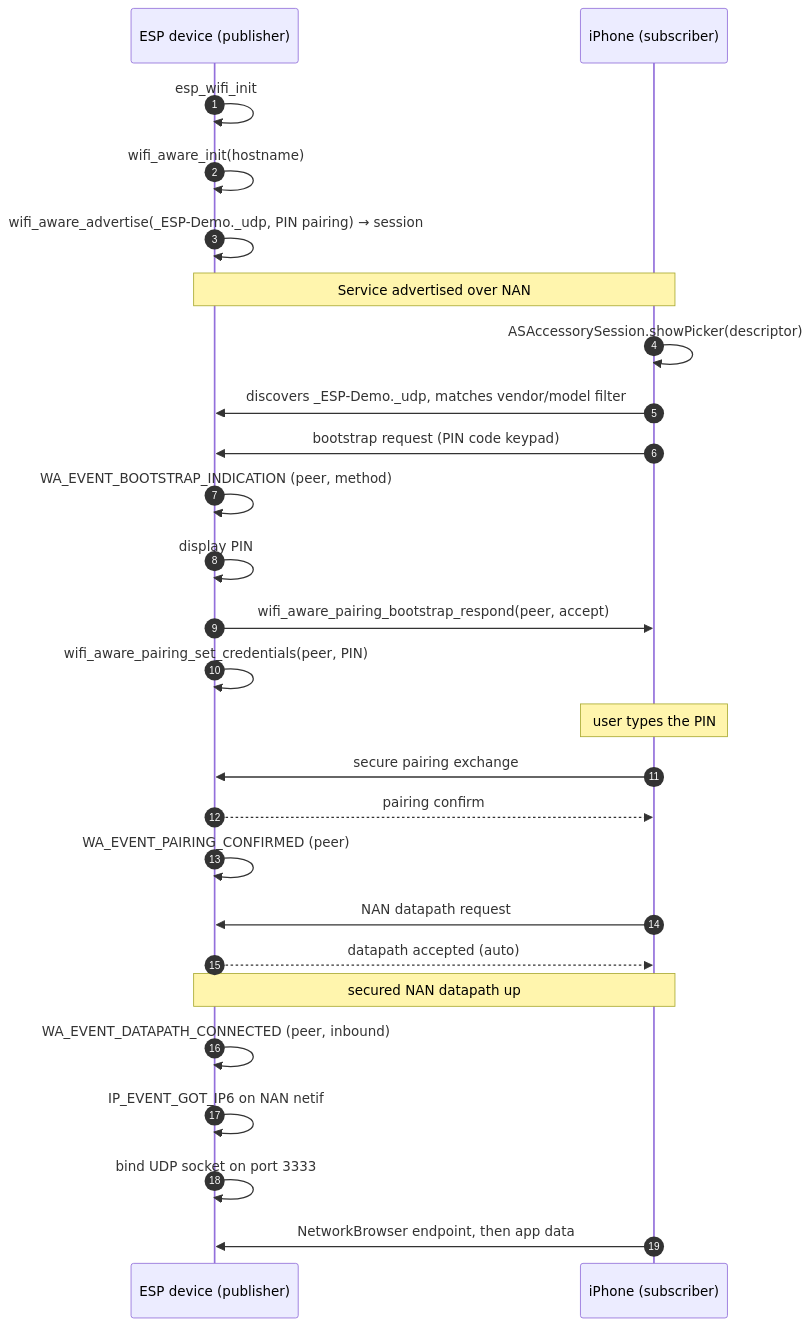
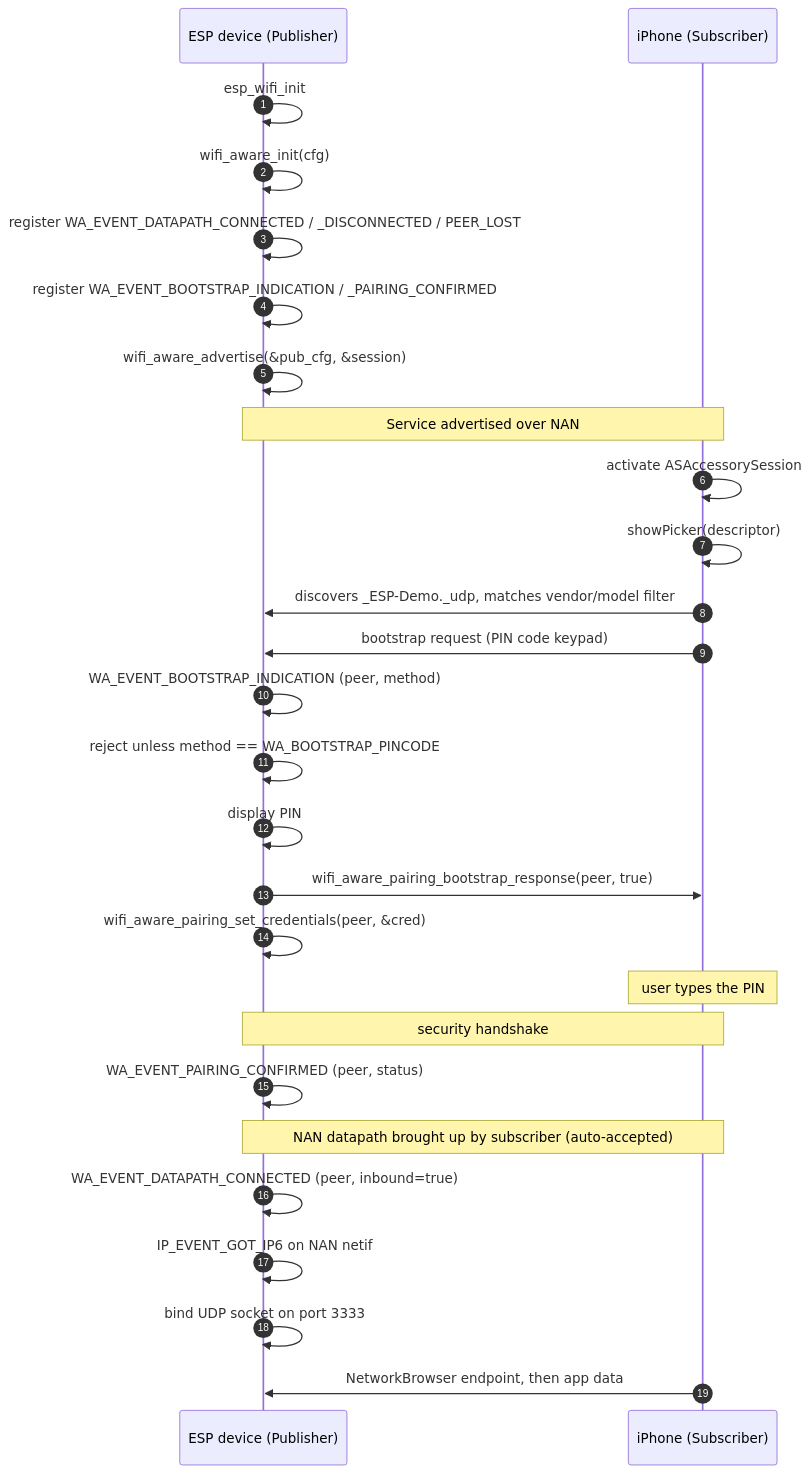
The diagram in content/blog/2026/08/wifi-aware-esp-to-iphone/index.md (espressif/developer-portal), drawn with Mermaid before and after one commit. The commit also changed other lines of this file and 1 other file, not shown here.

First line of the commit message:
docs(blog): Simplify Wi-Fi Aware article and align with latest changes

````diff
--- a/content/blog/2026/08/wifi-aware-esp-to-iphone/index.md
+++ b/content/blog/2026/08/wifi-aware-esp-to-iphone/index.md
@@ -175,34 +94,34 @@
 ```mermaid
 sequenceDiagram
     autonumber
-    participant E as ESP device (publisher)
-    participant P as iPhone (subscriber)
+    participant E as ESP device (Publisher)
+    participant P as iPhone (Subscriber)
 
     E->>E: esp_wifi_init
-    E->>E: wifi_aware_init(hostname)
-    E->>E: wifi_aware_advertise(_ESP-Demo._udp, PIN pairing) → session
+    E->>E: wifi_aware_init(cfg)
+    E->>E: register WA_EVENT_DATAPATH_CONNECTED / _DISCONNECTED / PEER_LOST
+    E->>E: register WA_EVENT_BOOTSTRAP_INDICATION / _PAIRING_CONFIRMED
+    E->>E: wifi_aware_advertise(&pub_cfg, &session)
     Note over E,P: Service advertised over NAN
 
-    P->>P: ASAccessorySession.showPicker(descriptor)
+    P->>P: activate ASAccessorySession
+    P->>P: showPicker(descriptor)
     P->>E: discovers _ESP-Demo._udp, matches vendor/model filter
     P->>E: bootstrap request (PIN code keypad)
 
     E->>E: WA_EVENT_BOOTSTRAP_INDICATION (peer, method)
+    E->>E: reject unless method == WA_BOOTSTRAP_PINCODE
     E->>E: display PIN
-    E->>P: wifi_aware_pairing_bootstrap_respond(peer, accept)
-    E->>E: wifi_aware_pairing_set_credentials(peer, PIN)
+    E->>P: wifi_aware_pairing_bootstrap_response(peer, true)
+    E->>E: wifi_aware_pairing_set_credentials(peer, &cred)
+    Note over P: user types the PIN
+    Note over E,P: security handshake
+    E->>E: WA_EVENT_PAIRING_CONFIRMED (peer, status)
 
-    Note over P: user types the PIN
-    P->>E: secure pairing exchange
-    E-->>P: pairing confirm
-    E->>E: WA_EVENT_PAIRING_CONFIRMED (peer)
-
-    P->>E: NAN datapath request
-    E-->>P: datapath accepted (auto)
-    Note over E,P: secured NAN datapath up
-    E->>E: WA_EVENT_DATAPATH_CONNECTED (peer, inbound)
+    Note over E,P: NAN datapath brought up by subscriber (auto-accepted)
+    E->>E: WA_EVENT_DATAPATH_CONNECTED (peer, inbound=true)
 
     E->>E: IP_EVENT_GOT_IP6 on NAN netif
     E->>E: bind UDP socket on port 3333
     P->>E: NetworkBrowser endpoint, then app data
 ```
````
